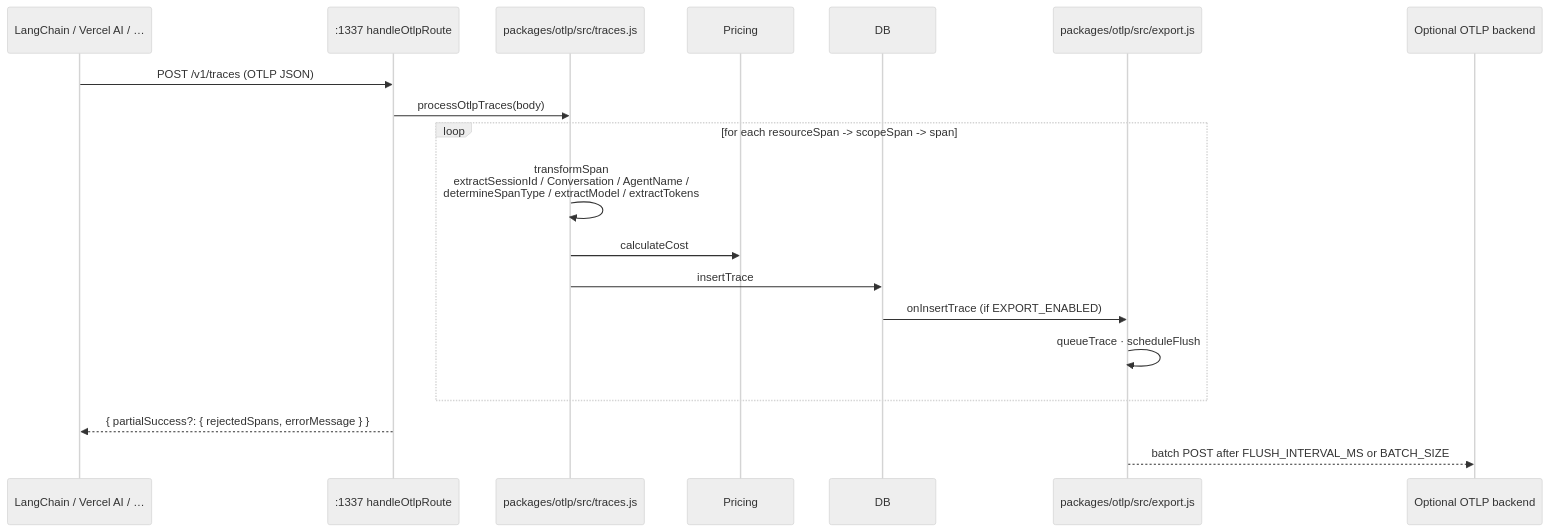
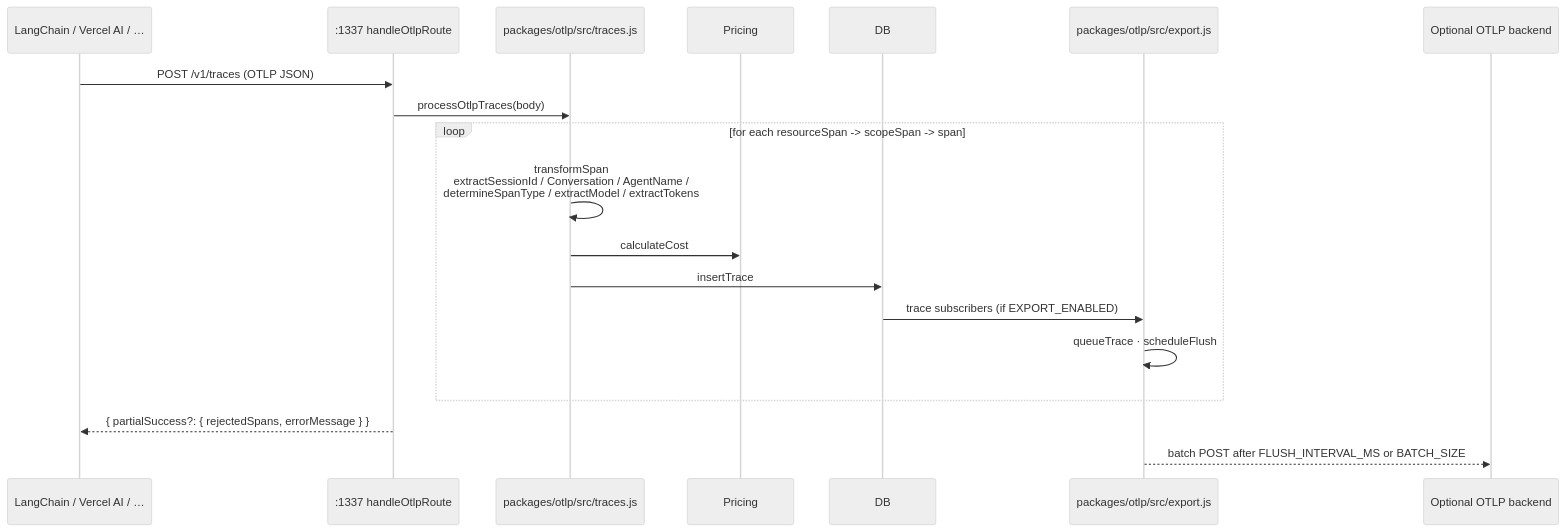
The eighth of 10 diagrams in ARCHITECTURE.md (HelgeSverre/llmflow), drawn with Mermaid (neutral theme) before and after one commit. The commit also changed other lines of this file and 226 other files, not shown here.

````diff
--- a/ARCHITECTURE.md
+++ b/ARCHITECTURE.md
@@ -479,22 +471,22 @@
 ```mermaid
 sequenceDiagram
     participant Framework as LangChain / Vercel AI / …
     participant Recv as :1337 handleOtlpRoute
     participant Transform as packages/otlp/src/traces.js
     participant Pricing
     participant DB
     participant Export as packages/otlp/src/export.js
     participant Upstream as Optional OTLP backend
 
     Framework->>Recv: POST /v1/traces (OTLP JSON)
     Recv->>Transform: processOtlpTraces(body)
     loop for each resourceSpan -> scopeSpan -> span
         Transform->>Transform: transformSpan<br/>extractSessionId / Conversation / AgentName /<br/>determineSpanType / extractModel / extractTokens
         Transform->>Pricing: calculateCost
         Transform->>DB: insertTrace
-        DB->>Export: onInsertTrace (if EXPORT_ENABLED)
+        DB->>Export: trace subscribers (if EXPORT_ENABLED)
         Export->>Export: queueTrace · scheduleFlush
     end
     Recv-->>Framework: { partialSuccess?: { rejectedSpans, errorMessage } }
     Export-->>Upstream: batch POST after FLUSH_INTERVAL_MS or BATCH_SIZE
 ```
````
